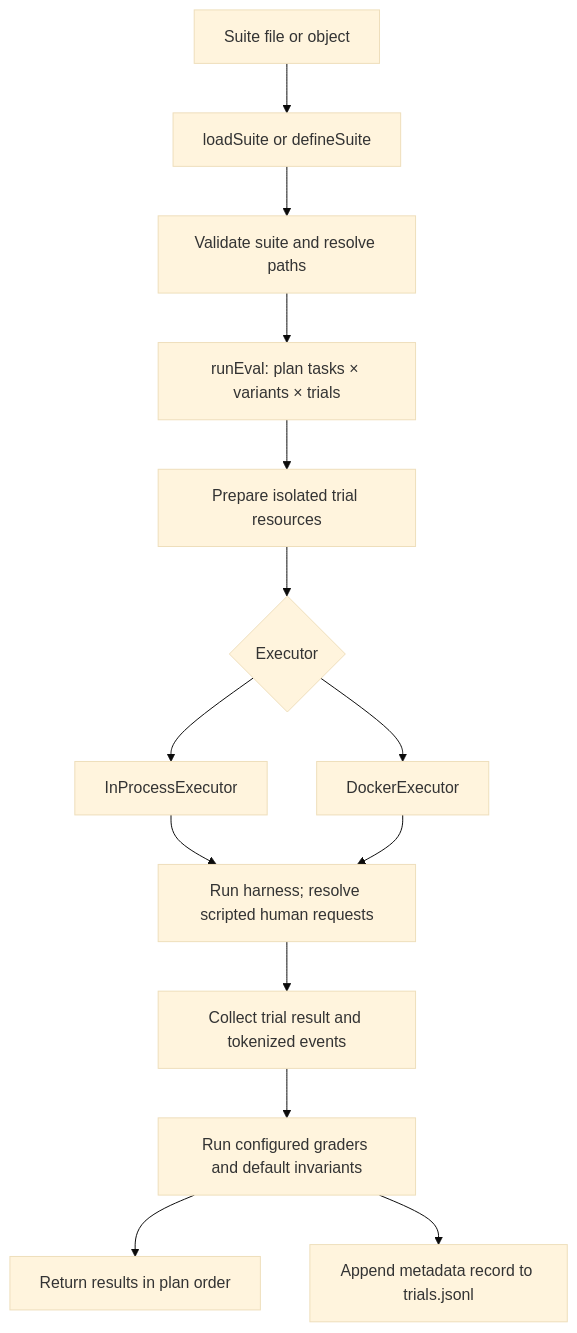
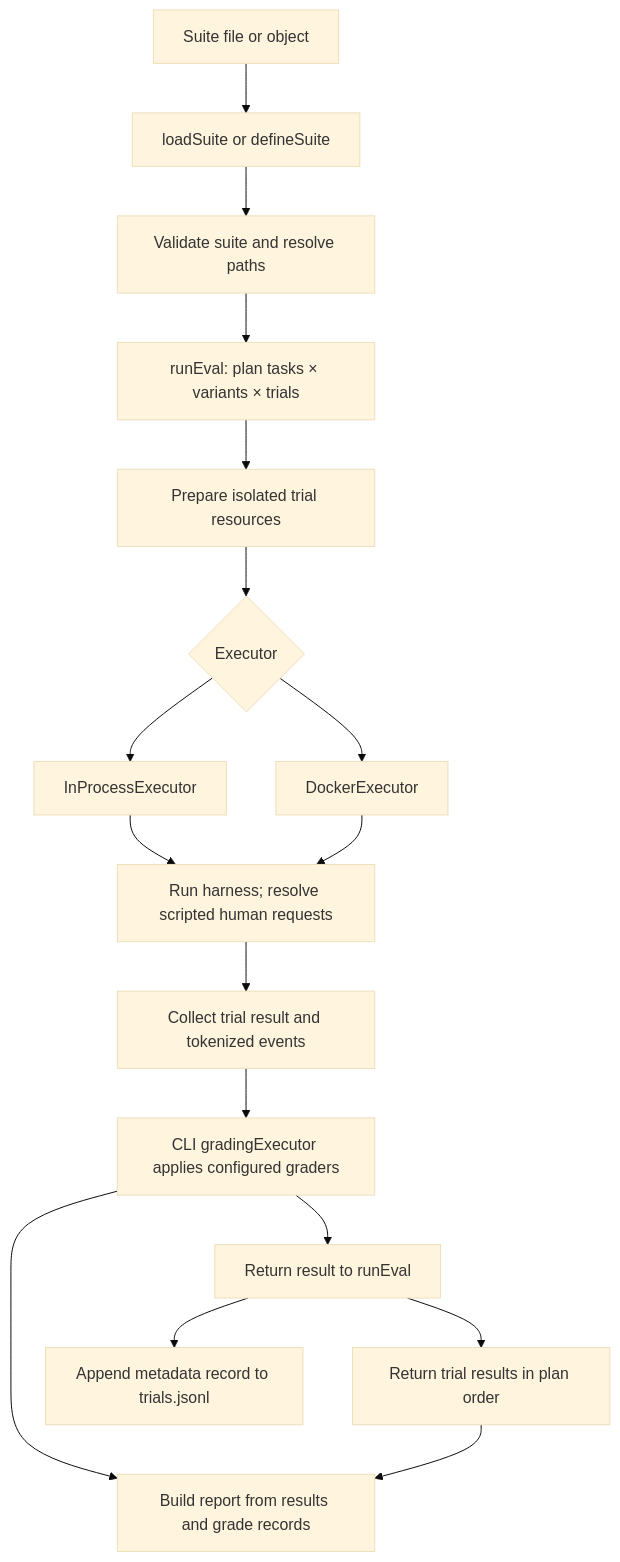
One commit to Rovinos-AI/rovinos-ai-harness changed the second of 3 diagrams in packages/eval/README.md. Above: the diagram before and after it, drawn with Mermaid (base theme). The commit also changed other lines of this file, not shown here.

Commit message:
docs(eval): clarify grading flow

````diff
--- a/packages/eval/README.md
+++ b/packages/eval/README.md
@@ -57,16 +59,19 @@
 ```mermaid
 flowchart TD
     A["Suite file or object"] --> B["loadSuite or defineSuite"]
     B --> C["Validate suite and resolve paths"]
     C --> D["runEval: plan tasks × variants × trials"]
     D --> E["Prepare isolated trial resources"]
     E --> F{"Executor"}
     F --> G["InProcessExecutor"]
     F --> H["DockerExecutor"]
     G --> I["Run harness; resolve scripted human requests"]
     H --> I
     I --> J["Collect trial result and tokenized events"]
-    J --> K["Run configured graders and default invariants"]
-    K --> L["Return results in plan order"]
-    K --> M["Append metadata record to trials.jsonl"]
+    J --> K["CLI gradingExecutor applies configured graders"]
+    K --> L["Return result to runEval"]
+    L --> M["Return trial results in plan order"]
+    L --> N["Append metadata record to trials.jsonl"]
+    K --> O["Build report from results and grade records"]
+    M --> O
 ```
````
